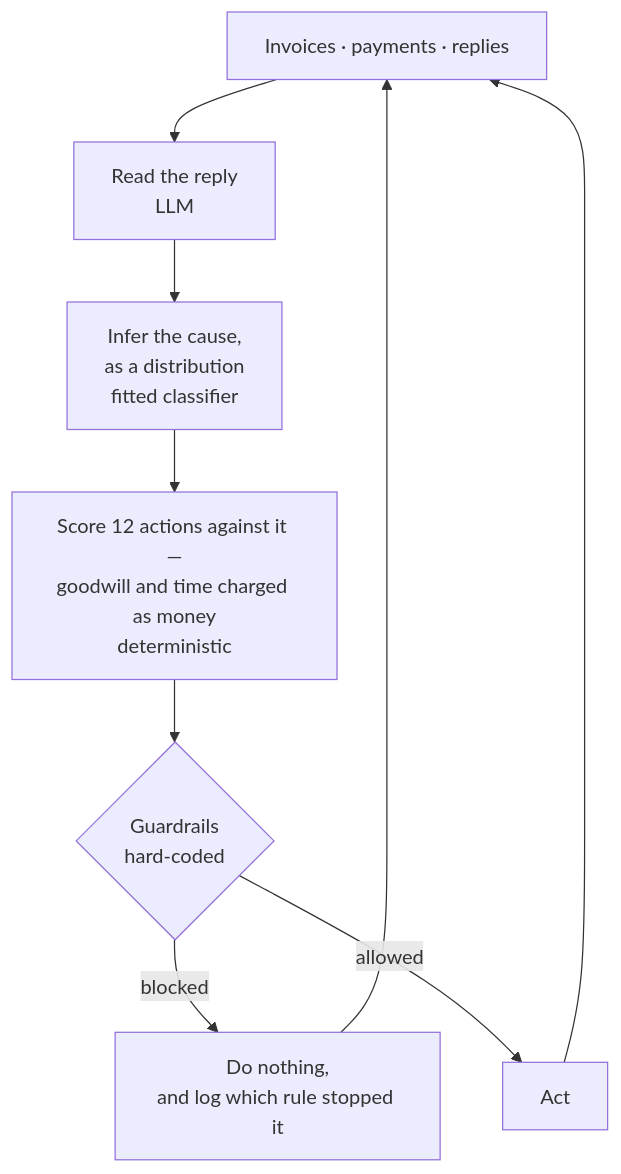
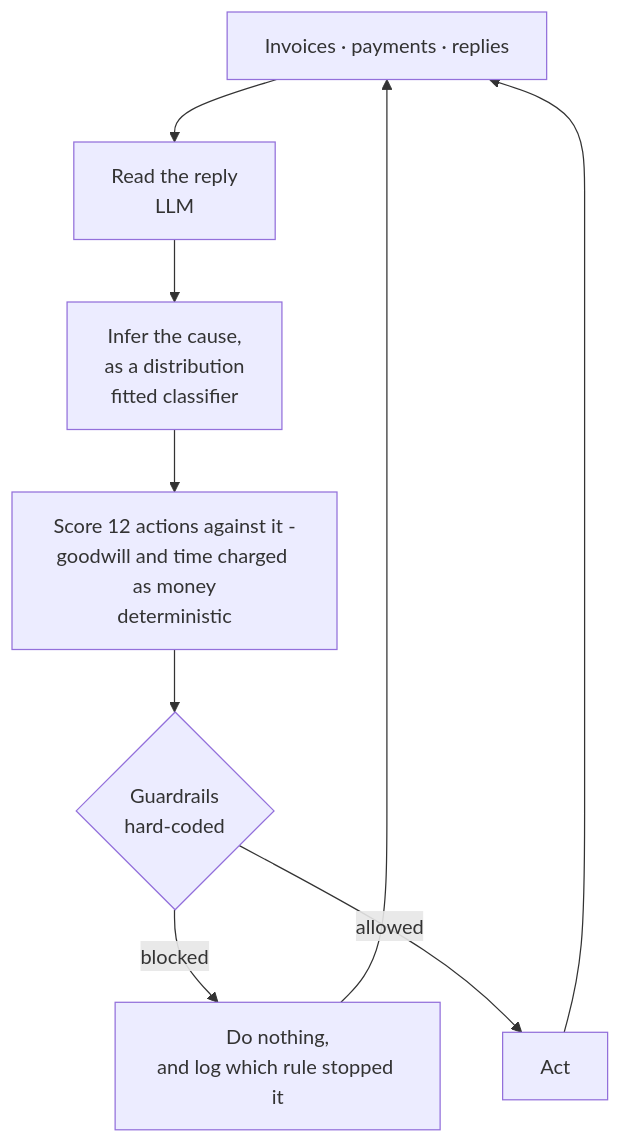
Before and after one commit to aakanksha-singh-hub/Unblocked: the second of 2 diagrams in README.md, drawn with Mermaid. The commit also changed other lines of this file and 3 other files, not shown here.

````diff
--- a/README.md
+++ b/README.md
@@ -74,11 +72,11 @@
 ```mermaid
 flowchart TB
   L["Invoices · payments · replies"] --> E["Read the reply<br/>LLM"]
   E --> B["Infer the cause,<br/>as a distribution<br/>fitted classifier"]
-  B --> S["Score 12 actions against it —<br/>goodwill and time charged as money<br/>deterministic"]
+  B --> S["Score 12 actions against it -<br/>goodwill and time charged as money<br/>deterministic"]
   S --> G{"Guardrails<br/>hard-coded"}
   G -->|blocked| H["Do nothing,<br/>and log which rule stopped it"]
   G -->|allowed| A["Act"]
   A --> L
   H --> L
 ```
````
